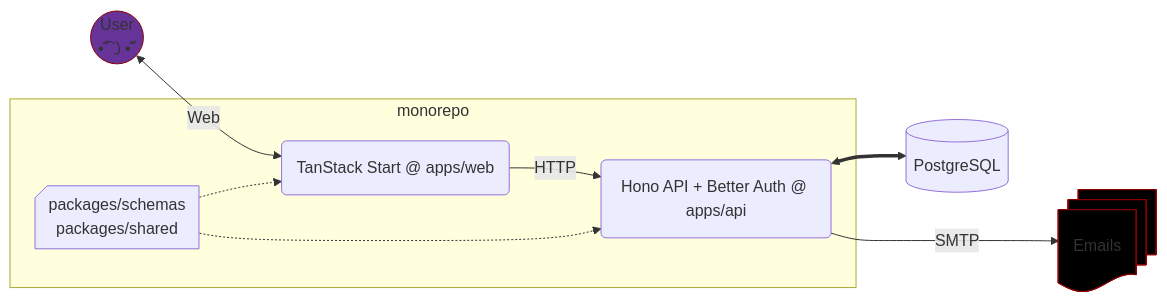
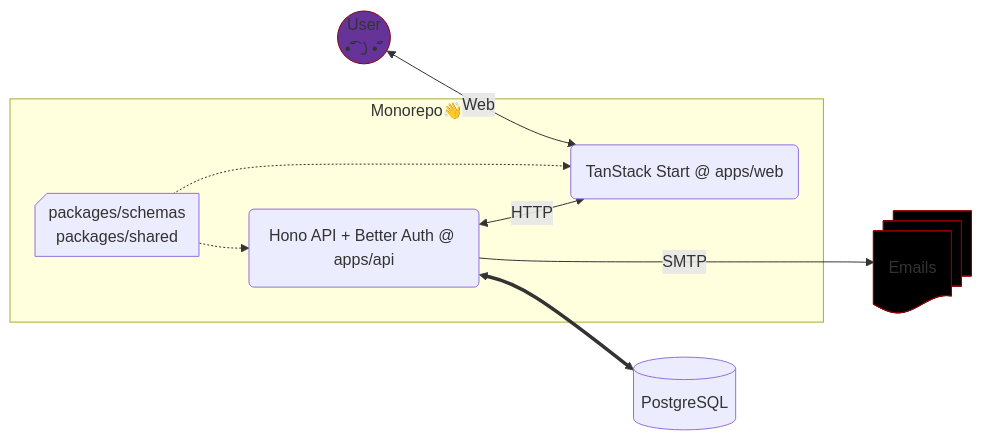
The diagram in README.md (SubZtep/admin-starter), drawn with Mermaid before and after one commit. The commit also changed other lines of this file and 6 other files, not shown here.

````diff
--- a/README.md
+++ b/README.md
@@ -13,19 +13,19 @@
 ```mermaid
 flowchart LR
-  U@{ shape: circ, label: "User\n•͡˘㇁•͡˘" }
-  subgraph monorepo
+  subgraph "Monorepo👋"
+  A(Hono API + Better Auth @ apps/api)
   W(TanStack Start @ apps/web)
-  A(Hono API + Better Auth @ apps/api)
   S@{ shape: notch-rect, label: "packages/schemas\npackages/shared" }
   end
+  U@{ shape: circ, label: "User\n•͡˘㇁•͡˘" }
   D@{ shape: cyl, label: "PostgreSQL" }
   E@{ shape: docs, label: "Emails" }
   U <-->|Web| W
-  W -->|HTTP| A
   S -.-> W
   S -.-> A
+  A <==> D
+  A <-->|HTTP| W
   A -- SMTP ---> E
-  A <==> D
   style U fill:rebeccapurple,stroke:darkred,stroke-width:1px
   style E fill:black,stroke:darkred,stroke-style:dashed,stroke-width:1px
 ```
````
